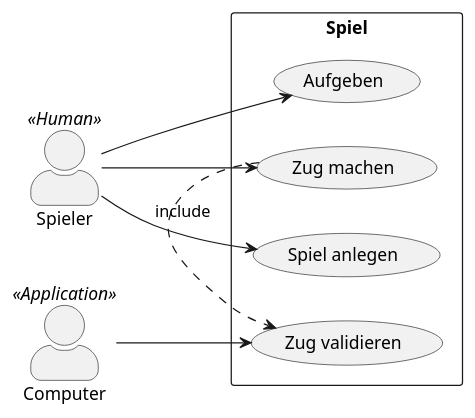
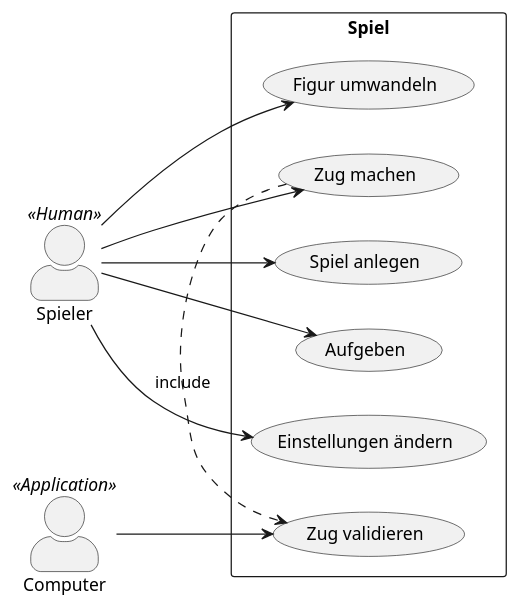
Before and after one commit to ruhlando/uni-project-chess: the diagram in usecases.puml, drawn with PlantUML.

Commit message:
Add usecases Einstellungnen ändern und Figur umwandeln

```diff
--- a/usecases.puml
+++ b/usecases.puml
@@ -1,35 +1,39 @@
 @startuml
 
 left to right direction
 
 'Actors
 
 skinparam actorStyle awesome
 :Spieler: as sp << Human >>
 :Computer: as pc << Application >>
 
 
 'System
 rectangle Spiel {
 
 'Usecases
 (Spiel anlegen) as newGame
 (Aufgeben) as giveUp
 (Zug machen) as move
 (Zug validieren) as validate
+(Einstellungen ändern) as settings
+(Figur umwandeln) as fchange
 
 }
 
 'associations player
 sp --> newGame
 sp --> giveUp
 sp --> move
+sp --> settings
+sp --> fchange
 
 'associations computer
 pc --> validate
 
 'includes
 move .> validate :include
 
 
 @enduml
```
